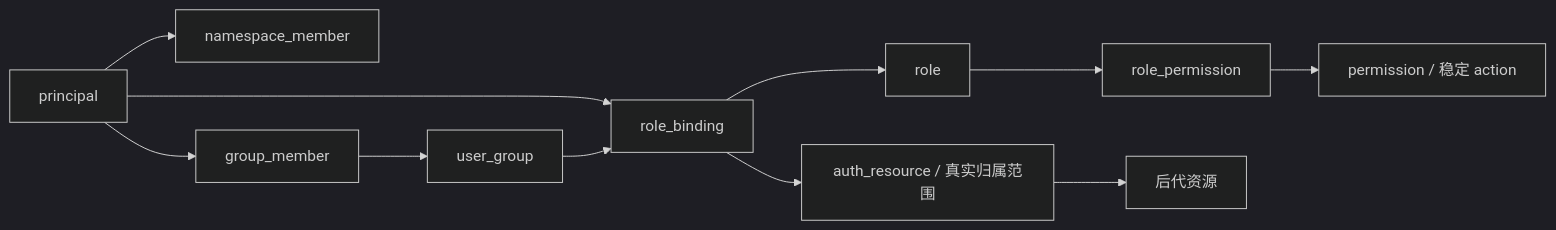
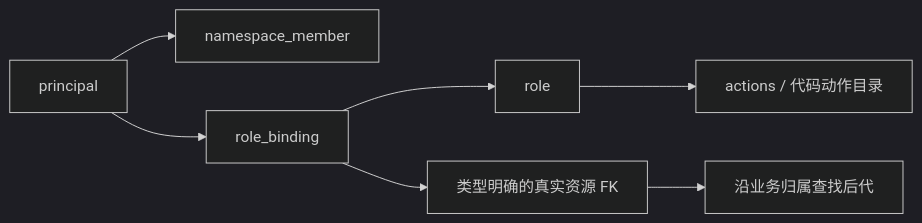
One commit to wangxwit/abtest changed the diagram in docs/服务端技术方案/05-Namespace与权限设计.md. Above: the diagram before and after it, drawn with Mermaid (dark theme). The commit also changed other lines of this file and 19 other files, not shown here.

````diff
--- a/docs/服务端技术方案/05-Namespace与权限设计.md
+++ b/docs/服务端技术方案/05-Namespace与权限设计.md
@@ -34,13 +34,9 @@
 ```mermaid
 flowchart LR
     P[principal] --> M[namespace_member]
-    P --> GM[group_member]
-    GM --> G[user_group]
     P --> B[role_binding]
-    G --> B
     B --> R[role]
-    R --> RP[role_permission]
-    RP --> A[permission / 稳定 action]
-    B --> S[auth_resource / 真实归属范围]
-    S --> C[后代资源]
+    R --> A[actions / 代码动作目录]
+    B --> S[类型明确的真实资源 FK]
+    S --> C[沿业务归属查找后代]
 ```
````
